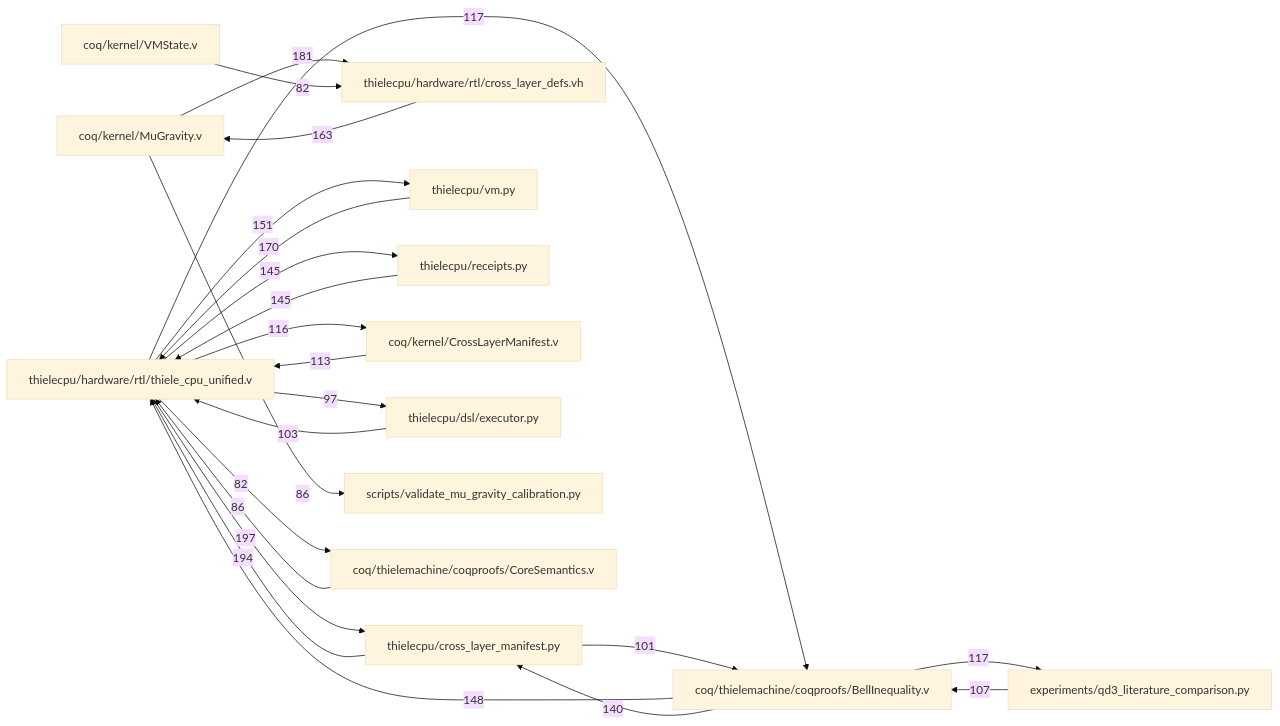
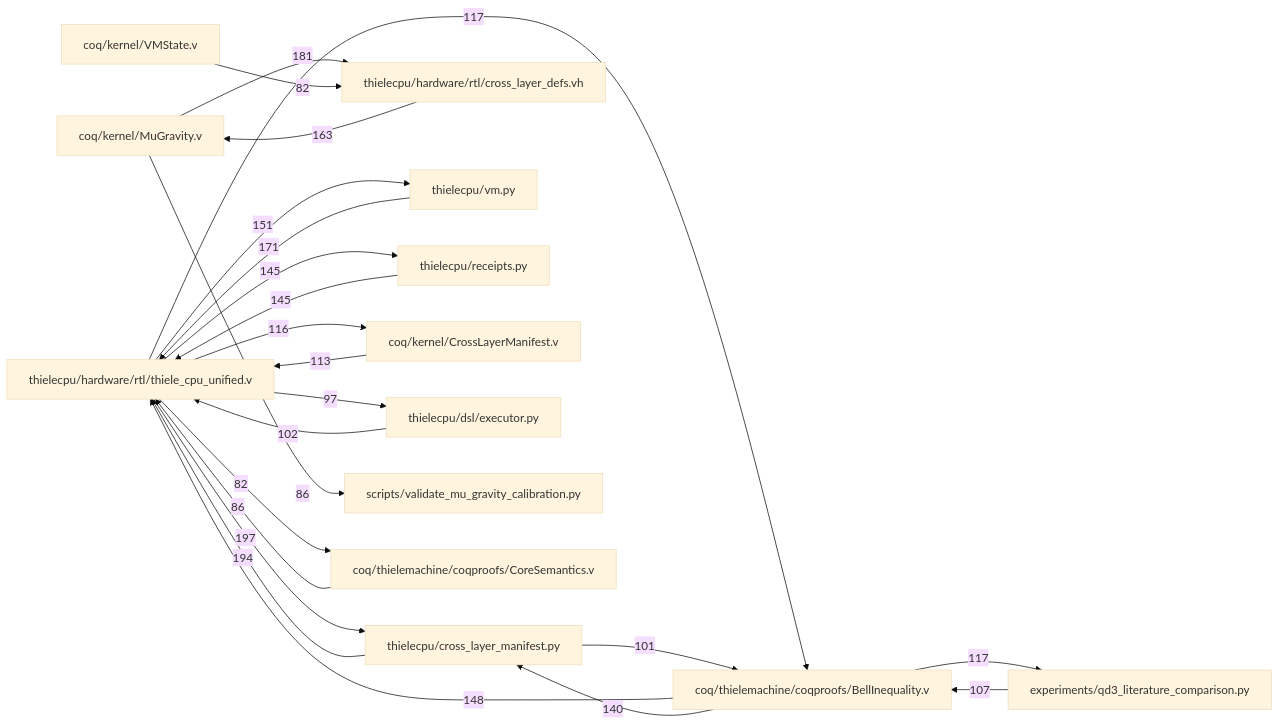
Before and after one commit to sethirus/The-Thiele-Machine: the second of 3 diagrams in artifacts/ATLAS.md, drawn with Mermaid (base theme). The commit also changed other lines of this file and 52 other files, not shown here.

````diff
--- a/artifacts/ATLAS.md
+++ b/artifacts/ATLAS.md
@@ -671,69 +684,69 @@
 ```mermaid
 flowchart LR
   N1["thielecpu/hardware/rtl/thiele_cpu_unified.v"]
   N2["thielecpu/cross_layer_manifest.py"]
   N1 -->|197| N2
   N2["thielecpu/cross_layer_manifest.py"]
   N1["thielecpu/hardware/rtl/thiele_cpu_unified.v"]
   N2 -->|194| N1
   N3["coq/kernel/MuGravity.v"]
   N4["thielecpu/hardware/rtl/cross_layer_defs.vh"]
   N3 -->|181| N4
   N5["thielecpu/vm.py"]
   N1["thielecpu/hardware/rtl/thiele_cpu_unified.v"]
-  N5 -->|170| N1
+  N5 -->|171| N1
   N4["thielecpu/hardware/rtl/cross_layer_defs.vh"]
   N3["coq/kernel/MuGravity.v"]
   N4 -->|163| N3
   N1["thielecpu/hardware/rtl/thiele_cpu_unified.v"]
   N5["thielecpu/vm.py"]
   N1 -->|151| N5
   N6["coq/thielemachine/coqproofs/BellInequality.v"]
   N1["thielecpu/hardware/rtl/thiele_cpu_unified.v"]
   N6 -->|148| N1
   N1["thielecpu/hardware/rtl/thiele_cpu_unified.v"]
   N7["thielecpu/receipts.py"]
   N1 -->|145| N7
   N7["thielecpu/receipts.py"]
   N1["thielecpu/hardware/rtl/thiele_cpu_unified.v"]
   N7 -->|145| N1
   N6["coq/thielemachine/coqproofs/BellInequality.v"]
   N2["thielecpu/cross_layer_manifest.py"]
   N6 -->|140| N2
   N6["coq/thielemachine/coqproofs/BellInequality.v"]
   N8["experiments/qd3_literature_comparison.py"]
   N6 -->|117| N8
   N1["thielecpu/hardware/rtl/thiele_cpu_unified.v"]
   N6["coq/thielemachine/coqproofs/BellInequality.v"]
   N1 -->|117| N6
   N1["thielecpu/hardware/rtl/thiele_cpu_unified.v"]
   N9["coq/kernel/CrossLayerManifest.v"]
   N1 -->|116| N9
   N9["coq/kernel/CrossLayerManifest.v"]
   N1["thielecpu/hardware/rtl/thiele_cpu_unified.v"]
   N9 -->|113| N1
   N8["experiments/qd3_literature_comparison.py"]
   N6["coq/thielemachine/coqproofs/BellInequality.v"]
   N8 -->|107| N6
   N10["thielecpu/dsl/executor.py"]
   N1["thielecpu/hardware/rtl/thiele_cpu_unified.v"]
-  N10 -->|103| N1
+  N10 -->|102| N1
   N2["thielecpu/cross_layer_manifest.py"]
   N6["coq/thielemachine/coqproofs/BellInequality.v"]
   N2 -->|101| N6
   N1["thielecpu/hardware/rtl/thiele_cpu_unified.v"]
   N10["thielecpu/dsl/executor.py"]
   N1 -->|97| N10
   N3["coq/kernel/MuGravity.v"]
   N11["scripts/validate_mu_gravity_calibration.py"]
   N3 -->|86| N11
   N12["coq/thielemachine/coqproofs/CoreSemantics.v"]
   N1["thielecpu/hardware/rtl/thiele_cpu_unified.v"]
   N12 -->|86| N1
   N13["coq/kernel/VMState.v"]
   N4["thielecpu/hardware/rtl/cross_layer_defs.vh"]
   N13 -->|82| N4
   N1["thielecpu/hardware/rtl/thiele_cpu_unified.v"]
   N12["coq/thielemachine/coqproofs/CoreSemantics.v"]
   N1 -->|82| N12
 ```
````
